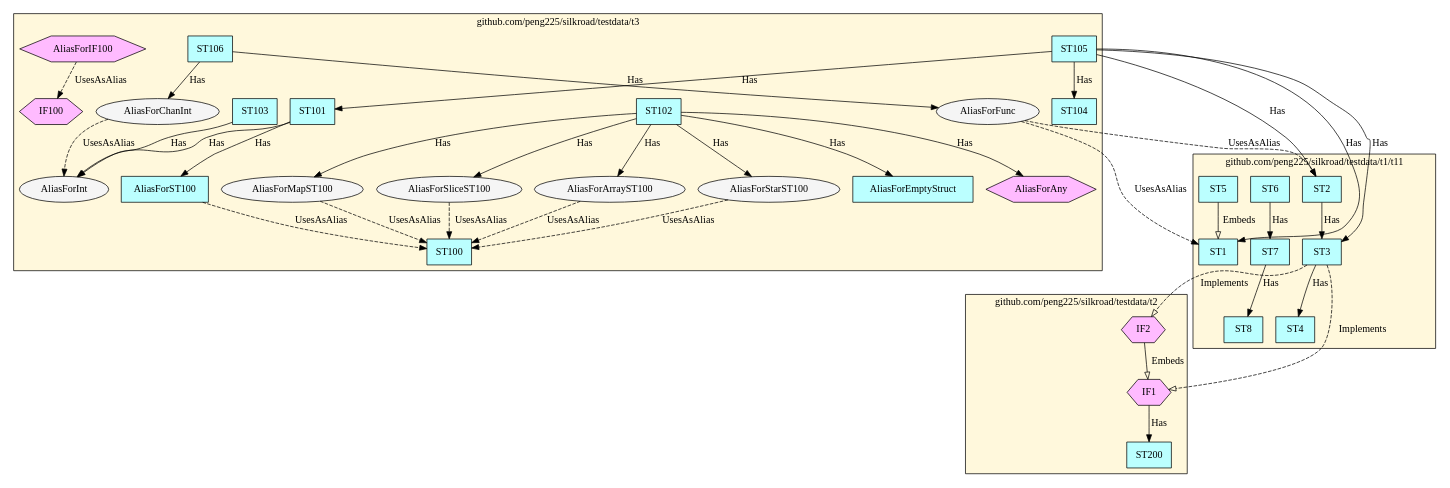
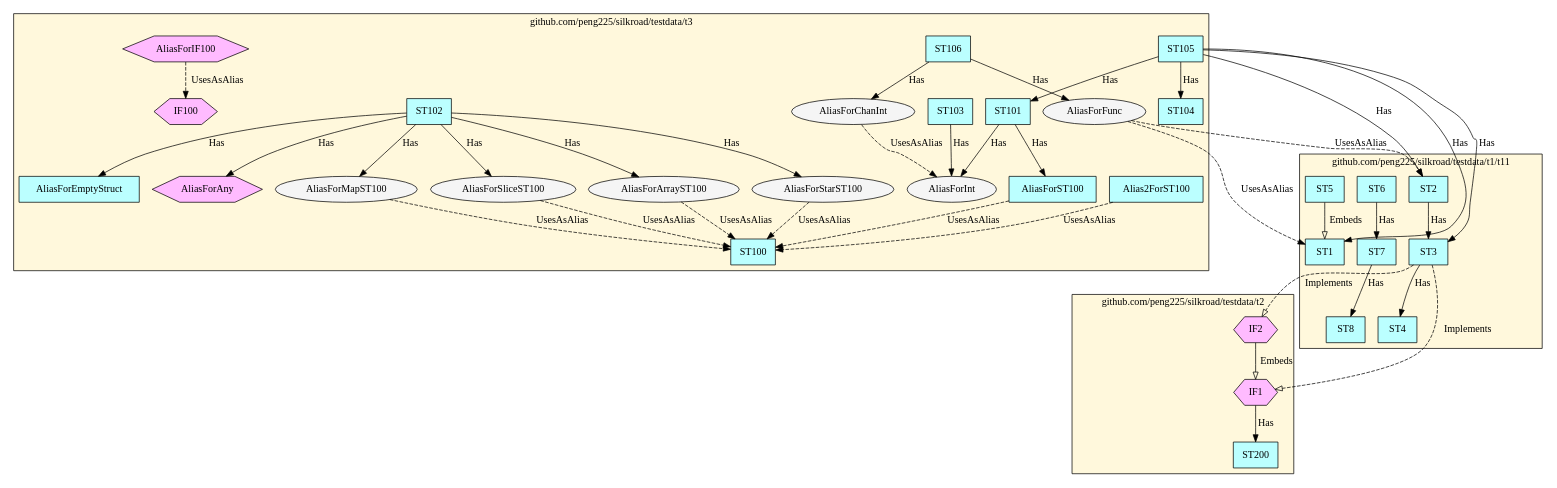
One commit to peng225/silkroad changed the diagram in test2.dot. Above: the diagram before and after it, drawn with Graphviz. The commit also changed 5 other files, not shown here.

```diff
--- a/test2.dot
+++ b/test2.dot
@@ -1,82 +1,84 @@
 digraph G {
 node[style="filled" fillcolor="whitesmoke"]
 subgraph cluster_github_com_peng225_silkroad_testdata_t2 {
   label = "github.com/peng225/silkroad/testdata/t2";
   style = "solid";
   bgcolor = "cornsilk";
   "github.com/peng225/silkroad/testdata/t2.ST200" [label="ST200" shape="rect" fillcolor="paleturquoise1"];
   "github.com/peng225/silkroad/testdata/t2.IF1" [label="IF1" shape="hexagon" fillcolor="plum1"];
   "github.com/peng225/silkroad/testdata/t2.IF2" [label="IF2" shape="hexagon" fillcolor="plum1"];
 }
 subgraph cluster_github_com_peng225_silkroad_testdata_t1_t11 {
   label = "github.com/peng225/silkroad/testdata/t1/t11";
   style = "solid";
   bgcolor = "cornsilk";
   "github.com/peng225/silkroad/testdata/t1/t11.ST6" [label="ST6" shape="rect" fillcolor="paleturquoise1"];
   "github.com/peng225/silkroad/testdata/t1/t11.ST7" [label="ST7" shape="rect" fillcolor="paleturquoise1"];
   "github.com/peng225/silkroad/testdata/t1/t11.ST8" [label="ST8" shape="rect" fillcolor="paleturquoise1"];
   "github.com/peng225/silkroad/testdata/t1/t11.ST1" [label="ST1" shape="rect" fillcolor="paleturquoise1"];
   "github.com/peng225/silkroad/testdata/t1/t11.ST2" [label="ST2" shape="rect" fillcolor="paleturquoise1"];
   "github.com/peng225/silkroad/testdata/t1/t11.ST3" [label="ST3" shape="rect" fillcolor="paleturquoise1"];
   "github.com/peng225/silkroad/testdata/t1/t11.ST4" [label="ST4" shape="rect" fillcolor="paleturquoise1"];
   "github.com/peng225/silkroad/testdata/t1/t11.ST5" [label="ST5" shape="rect" fillcolor="paleturquoise1"];
 }
 subgraph cluster_github_com_peng225_silkroad_testdata_t3 {
   label = "github.com/peng225/silkroad/testdata/t3";
   style = "solid";
   bgcolor = "cornsilk";
+  "github.com/peng225/silkroad/testdata/t3.Alias2ForST100" [label="Alias2ForST100" shape="rect" fillcolor="paleturquoise1"];
+  "github.com/peng225/silkroad/testdata/t3.ST100" [label="ST100" shape="rect" fillcolor="paleturquoise1"];
+  "github.com/peng225/silkroad/testdata/t3.ST103" [label="ST103" shape="rect" fillcolor="paleturquoise1"];
   "github.com/peng225/silkroad/testdata/t3.ST104" [label="ST104" shape="rect" fillcolor="paleturquoise1"];
   "github.com/peng225/silkroad/testdata/t3.ST105" [label="ST105" shape="rect" fillcolor="paleturquoise1"];
+  "github.com/peng225/silkroad/testdata/t3.ST106" [label="ST106" shape="rect" fillcolor="paleturquoise1"];
   "github.com/peng225/silkroad/testdata/t3.AliasForST100" [label="AliasForST100" shape="rect" fillcolor="paleturquoise1"];
-  "github.com/peng225/silkroad/testdata/t3.ST100" [label="ST100" shape="rect" fillcolor="paleturquoise1"];
-  "github.com/peng225/silkroad/testdata/t3.ST102" [label="ST102" shape="rect" fillcolor="paleturquoise1"];
-  "github.com/peng225/silkroad/testdata/t3.ST106" [label="ST106" shape="rect" fillcolor="paleturquoise1"];
   "github.com/peng225/silkroad/testdata/t3.AliasForEmptyStruct" [label="AliasForEmptyStruct" shape="rect" fillcolor="paleturquoise1"];
   "github.com/peng225/silkroad/testdata/t3.ST101" [label="ST101" shape="rect" fillcolor="paleturquoise1"];
-  "github.com/peng225/silkroad/testdata/t3.ST103" [label="ST103" shape="rect" fillcolor="paleturquoise1"];
+  "github.com/peng225/silkroad/testdata/t3.ST102" [label="ST102" shape="rect" fillcolor="paleturquoise1"];
   "github.com/peng225/silkroad/testdata/t3.AliasForIF100" [label="AliasForIF100" shape="hexagon" fillcolor="plum1"];
   "github.com/peng225/silkroad/testdata/t3.AliasForAny" [label="AliasForAny" shape="hexagon" fillcolor="plum1"];
   "github.com/peng225/silkroad/testdata/t3.IF100" [label="IF100" shape="hexagon" fillcolor="plum1"];
-  "github.com/peng225/silkroad/testdata/t3.AliasForFunc" [label="AliasForFunc" shape="ellipse" fillcolor="whitesmoke"];
   "github.com/peng225/silkroad/testdata/t3.AliasForMapST100" [label="AliasForMapST100" shape="ellipse" fillcolor="whitesmoke"];
   "github.com/peng225/silkroad/testdata/t3.AliasForSliceST100" [label="AliasForSliceST100" shape="ellipse" fillcolor="whitesmoke"];
   "github.com/peng225/silkroad/testdata/t3.AliasForArrayST100" [label="AliasForArrayST100" shape="ellipse" fillcolor="whitesmoke"];
   "github.com/peng225/silkroad/testdata/t3.AliasForStarST100" [label="AliasForStarST100" shape="ellipse" fillcolor="whitesmoke"];
   "github.com/peng225/silkroad/testdata/t3.AliasForChanInt" [label="AliasForChanInt" shape="ellipse" fillcolor="whitesmoke"];
   "github.com/peng225/silkroad/testdata/t3.AliasForInt" [label="AliasForInt" shape="ellipse" fillcolor="whitesmoke"];
+  "github.com/peng225/silkroad/testdata/t3.AliasForFunc" [label="AliasForFunc" shape="ellipse" fillcolor="whitesmoke"];
 }
 "github.com/peng225/silkroad/testdata/t3.AliasForMapST100" -> "github.com/peng225/silkroad/testdata/t3.ST100" [label="UsesAsAlias" arrowhead="normal" style="dashed"];
-"github.com/peng225/silkroad/testdata/t3.AliasForFunc" -> "github.com/peng225/silkroad/testdata/t1/t11.ST1" [label="UsesAsAlias" arrowhead="normal" style="dashed"];
-"github.com/peng225/silkroad/testdata/t3.AliasForFunc" -> "github.com/peng225/silkroad/testdata/t1/t11.ST2" [label="UsesAsAlias" arrowhead="normal" style="dashed"];
-"github.com/peng225/silkroad/testdata/t1/t11.ST6" -> "github.com/peng225/silkroad/testdata/t1/t11.ST7" [label="Has" arrowhead="normal" style="solid"];
-"github.com/peng225/silkroad/testdata/t1/t11.ST7" -> "github.com/peng225/silkroad/testdata/t1/t11.ST8" [label="Has" arrowhead="normal" style="solid"];
+"github.com/peng225/silkroad/testdata/t3.AliasForSliceST100" -> "github.com/peng225/silkroad/testdata/t3.ST100" [label="UsesAsAlias" arrowhead="normal" style="dashed"];
+"github.com/peng225/silkroad/testdata/t3.AliasForIF100" -> "github.com/peng225/silkroad/testdata/t3.IF100" [label="UsesAsAlias" arrowhead="normal" style="dashed"];
 "github.com/peng225/silkroad/testdata/t3.ST101" -> "github.com/peng225/silkroad/testdata/t3.AliasForST100" [label="Has" arrowhead="normal" style="solid"];
 "github.com/peng225/silkroad/testdata/t3.ST101" -> "github.com/peng225/silkroad/testdata/t3.AliasForInt" [label="Has" arrowhead="normal" style="solid"];
+"github.com/peng225/silkroad/testdata/t3.ST103" -> "github.com/peng225/silkroad/testdata/t3.AliasForInt" [label="Has" arrowhead="normal" style="solid"];
 "github.com/peng225/silkroad/testdata/t3.ST102" -> "github.com/peng225/silkroad/testdata/t3.AliasForSliceST100" [label="Has" arrowhead="normal" style="solid"];
 "github.com/peng225/silkroad/testdata/t3.ST102" -> "github.com/peng225/silkroad/testdata/t3.AliasForMapST100" [label="Has" arrowhead="normal" style="solid"];
 "github.com/peng225/silkroad/testdata/t3.ST102" -> "github.com/peng225/silkroad/testdata/t3.AliasForAny" [label="Has" arrowhead="normal" style="solid"];
 "github.com/peng225/silkroad/testdata/t3.ST102" -> "github.com/peng225/silkroad/testdata/t3.AliasForEmptyStruct" [label="Has" arrowhead="normal" style="solid"];
 "github.com/peng225/silkroad/testdata/t3.ST102" -> "github.com/peng225/silkroad/testdata/t3.AliasForStarST100" [label="Has" arrowhead="normal" style="solid"];
 "github.com/peng225/silkroad/testdata/t3.ST102" -> "github.com/peng225/silkroad/testdata/t3.AliasForArrayST100" [label="Has" arrowhead="normal" style="solid"];
-"github.com/peng225/silkroad/testdata/t1/t11.ST5" -> "github.com/peng225/silkroad/testdata/t1/t11.ST1" [label="Embeds" arrowhead="empty" style="solid"];
-"github.com/peng225/silkroad/testdata/t3.AliasForSliceST100" -> "github.com/peng225/silkroad/testdata/t3.ST100" [label="UsesAsAlias" arrowhead="normal" style="dashed"];
-"github.com/peng225/silkroad/testdata/t3.AliasForStarST100" -> "github.com/peng225/silkroad/testdata/t3.ST100" [label="UsesAsAlias" arrowhead="normal" style="dashed"];
-"github.com/peng225/silkroad/testdata/t3.ST103" -> "github.com/peng225/silkroad/testdata/t3.AliasForInt" [label="Has" arrowhead="normal" style="solid"];
-"github.com/peng225/silkroad/testdata/t2.IF1" -> "github.com/peng225/silkroad/testdata/t2.ST200" [label="Has" arrowhead="normal" style="solid"];
-"github.com/peng225/silkroad/testdata/t1/t11.ST2" -> "github.com/peng225/silkroad/testdata/t1/t11.ST3" [label="Has" arrowhead="normal" style="solid"];
-"github.com/peng225/silkroad/testdata/t3.AliasForIF100" -> "github.com/peng225/silkroad/testdata/t3.IF100" [label="UsesAsAlias" arrowhead="normal" style="dashed"];
-"github.com/peng225/silkroad/testdata/t3.ST106" -> "github.com/peng225/silkroad/testdata/t3.AliasForFunc" [label="Has" arrowhead="normal" style="solid"];
-"github.com/peng225/silkroad/testdata/t3.ST106" -> "github.com/peng225/silkroad/testdata/t3.AliasForChanInt" [label="Has" arrowhead="normal" style="solid"];
-"github.com/peng225/silkroad/testdata/t3.AliasForArrayST100" -> "github.com/peng225/silkroad/testdata/t3.ST100" [label="UsesAsAlias" arrowhead="normal" style="dashed"];
+"github.com/peng225/silkroad/testdata/t1/t11.ST3" -> "github.com/peng225/silkroad/testdata/t1/t11.ST4" [label="Has" arrowhead="normal" style="solid"];
+"github.com/peng225/silkroad/testdata/t1/t11.ST3" -> "github.com/peng225/silkroad/testdata/t2.IF1" [label="Implements" arrowhead="empty" style="dashed"];
+"github.com/peng225/silkroad/testdata/t1/t11.ST3" -> "github.com/peng225/silkroad/testdata/t2.IF2" [label="Implements" arrowhead="empty" style="dashed"];
+"github.com/peng225/silkroad/testdata/t1/t11.ST6" -> "github.com/peng225/silkroad/testdata/t1/t11.ST7" [label="Has" arrowhead="normal" style="solid"];
+"github.com/peng225/silkroad/testdata/t3.ST105" -> "github.com/peng225/silkroad/testdata/t3.ST101" [label="Has" arrowhead="normal" style="solid"];
 "github.com/peng225/silkroad/testdata/t3.ST105" -> "github.com/peng225/silkroad/testdata/t3.ST104" [label="Has" arrowhead="normal" style="solid"];
 "github.com/peng225/silkroad/testdata/t3.ST105" -> "github.com/peng225/silkroad/testdata/t1/t11.ST1" [label="Has" arrowhead="normal" style="solid"];
 "github.com/peng225/silkroad/testdata/t3.ST105" -> "github.com/peng225/silkroad/testdata/t1/t11.ST2" [label="Has" arrowhead="normal" style="solid"];
 "github.com/peng225/silkroad/testdata/t3.ST105" -> "github.com/peng225/silkroad/testdata/t1/t11.ST3" [label="Has" arrowhead="normal" style="solid"];
-"github.com/peng225/silkroad/testdata/t3.ST105" -> "github.com/peng225/silkroad/testdata/t3.ST101" [label="Has" arrowhead="normal" style="solid"];
+"github.com/peng225/silkroad/testdata/t1/t11.ST2" -> "github.com/peng225/silkroad/testdata/t1/t11.ST3" [label="Has" arrowhead="normal" style="solid"];
+"github.com/peng225/silkroad/testdata/t3.AliasForFunc" -> "github.com/peng225/silkroad/testdata/t1/t11.ST1" [label="UsesAsAlias" arrowhead="normal" style="dashed"];
+"github.com/peng225/silkroad/testdata/t3.AliasForFunc" -> "github.com/peng225/silkroad/testdata/t1/t11.ST2" [label="UsesAsAlias" arrowhead="normal" style="dashed"];
+"github.com/peng225/silkroad/testdata/t3.AliasForStarST100" -> "github.com/peng225/silkroad/testdata/t3.ST100" [label="UsesAsAlias" arrowhead="normal" style="dashed"];
+"github.com/peng225/silkroad/testdata/t3.AliasForST100" -> "github.com/peng225/silkroad/testdata/t3.ST100" [label="UsesAsAlias" arrowhead="normal" style="dashed"];
+"github.com/peng225/silkroad/testdata/t3.AliasForArrayST100" -> "github.com/peng225/silkroad/testdata/t3.ST100" [label="UsesAsAlias" arrowhead="normal" style="dashed"];
+"github.com/peng225/silkroad/testdata/t2.IF1" -> "github.com/peng225/silkroad/testdata/t2.ST200" [label="Has" arrowhead="normal" style="solid"];
+"github.com/peng225/silkroad/testdata/t3.Alias2ForST100" -> "github.com/peng225/silkroad/testdata/t3.ST100" [label="UsesAsAlias" arrowhead="normal" style="dashed"];
+"github.com/peng225/silkroad/testdata/t3.AliasForChanInt" -> "github.com/peng225/silkroad/testdata/t3.AliasForInt" [label="UsesAsAlias" arrowhead="normal" style="dashed"];
+"github.com/peng225/silkroad/testdata/t3.ST106" -> "github.com/peng225/silkroad/testdata/t3.AliasForChanInt" [label="Has" arrowhead="normal" style="solid"];
+"github.com/peng225/silkroad/testdata/t3.ST106" -> "github.com/peng225/silkroad/testdata/t3.AliasForFunc" [label="Has" arrowhead="normal" style="solid"];
 "github.com/peng225/silkroad/testdata/t2.IF2" -> "github.com/peng225/silkroad/testdata/t2.IF1" [label="Embeds" arrowhead="empty" style="solid"];
-"github.com/peng225/silkroad/testdata/t3.AliasForST100" -> "github.com/peng225/silkroad/testdata/t3.ST100" [label="UsesAsAlias" arrowhead="normal" style="dashed"];
-"github.com/peng225/silkroad/testdata/t1/t11.ST3" -> "github.com/peng225/silkroad/testdata/t2.IF1" [label="Implements" arrowhead="empty" style="dashed"];
-"github.com/peng225/silkroad/testdata/t1/t11.ST3" -> "github.com/peng225/silkroad/testdata/t2.IF2" [label="Implements" arrowhead="empty" style="dashed"];
-"github.com/peng225/silkroad/testdata/t1/t11.ST3" -> "github.com/peng225/silkroad/testdata/t1/t11.ST4" [label="Has" arrowhead="normal" style="solid"];
-"github.com/peng225/silkroad/testdata/t3.AliasForChanInt" -> "github.com/peng225/silkroad/testdata/t3.AliasForInt" [label="UsesAsAlias" arrowhead="normal" style="dashed"];
+"github.com/peng225/silkroad/testdata/t1/t11.ST5" -> "github.com/peng225/silkroad/testdata/t1/t11.ST1" [label="Embeds" arrowhead="empty" style="solid"];
+"github.com/peng225/silkroad/testdata/t1/t11.ST7" -> "github.com/peng225/silkroad/testdata/t1/t11.ST8" [label="Has" arrowhead="normal" style="solid"];
 }
```
